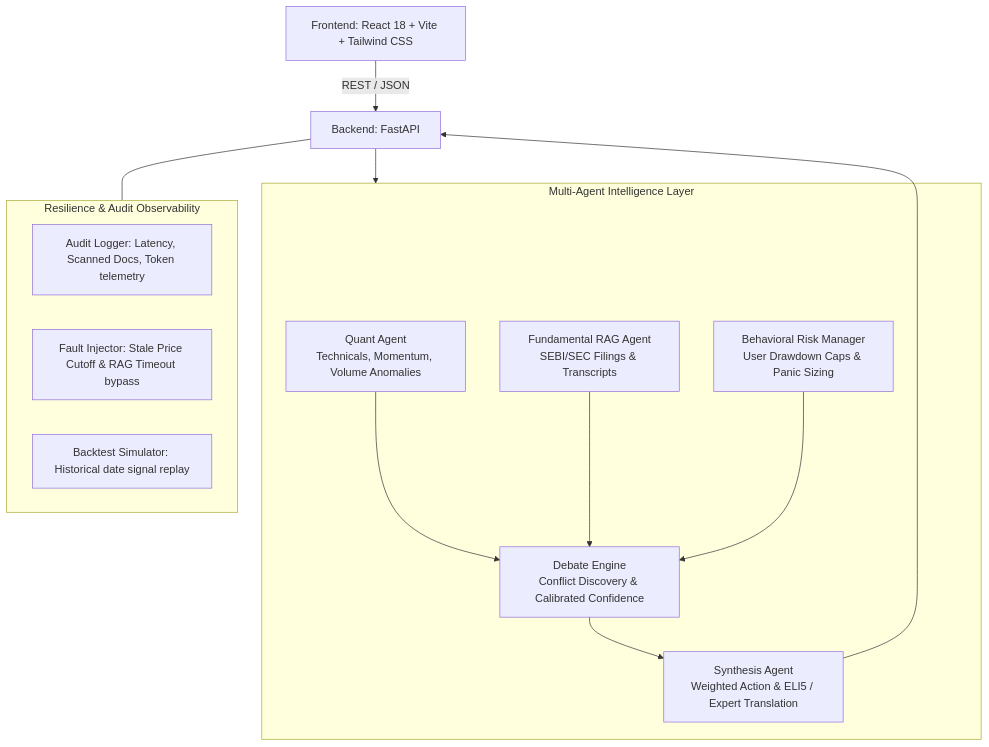
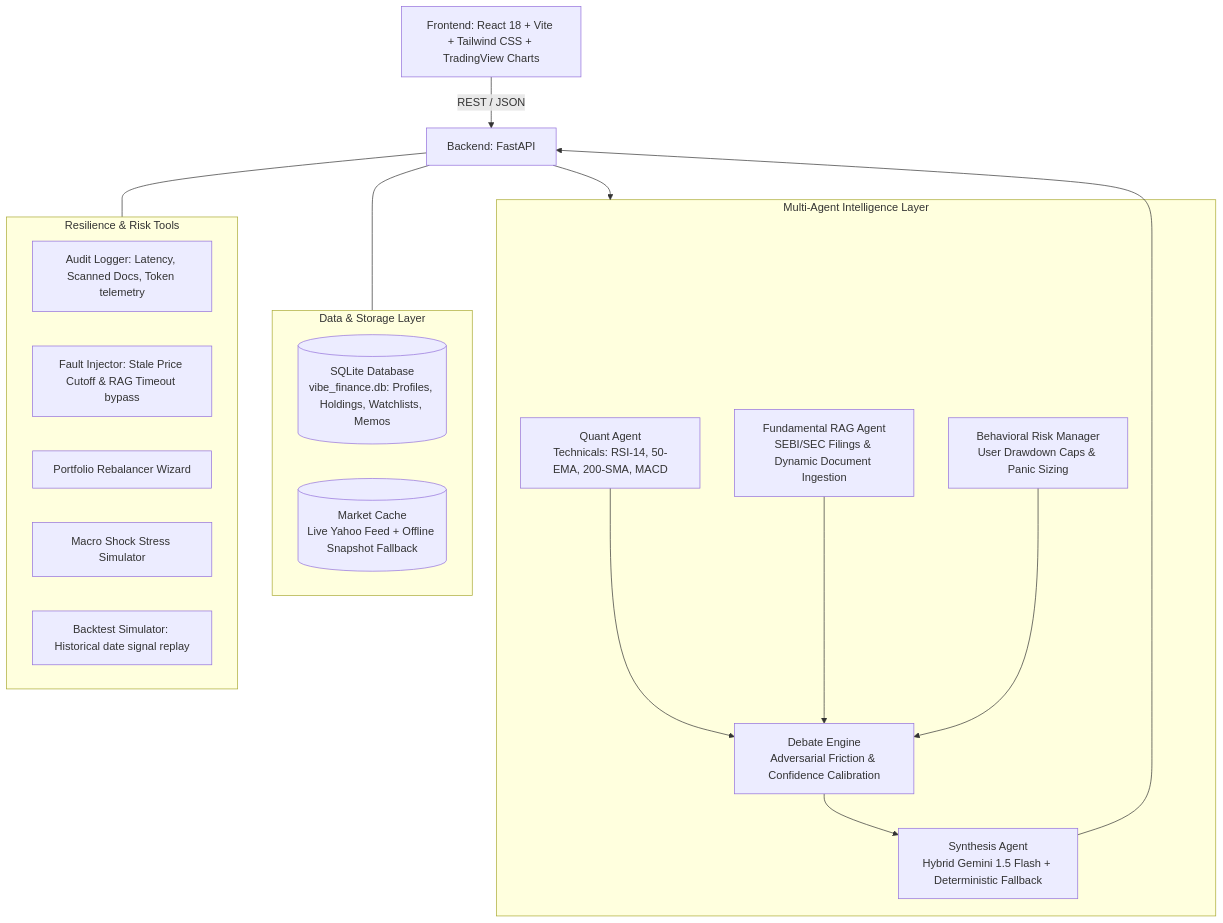
One commit to Khare69/Vibe-Finance changed the diagram in README.md. Above: the diagram before and after it, drawn with Mermaid. The commit also changed other lines of this file and 7 other files, not shown here.

Commit message:
fix: resolve cross-ticker trade pricing bug, wire persistent profile/memo storage, add RAG ingestion UI, and update docs

````diff
--- a/README.md
+++ b/README.md
@@ -9,26 +9,34 @@
 ```mermaid
 flowchart TD
-    UI[Frontend: React 18 + Vite + Tailwind CSS] -->|REST / JSON| API[Backend: FastAPI]
+    UI[Frontend: React 18 + Vite + Tailwind CSS + TradingView Charts] -->|REST / JSON| API[Backend: FastAPI]
     
     subgraph MultiAgentEngine[Multi-Agent Intelligence Layer]
-        QA[Quant Agent\nTechnicals, Momentum, Volume Anomalies]
-        FA[Fundamental RAG Agent\nSEBI/SEC Filings & Transcripts]
+        QA[Quant Agent\nTechnicals: RSI-14, 50-EMA, 200-SMA, MACD]
+        FA[Fundamental RAG Agent\nSEBI/SEC Filings & Dynamic Document Ingestion]
         BM[Behavioral Risk Manager\nUser Drawdown Caps & Panic Sizing]
-        DEB[Debate Engine\nConflict Discovery & Calibrated Confidence]
-        SYN[Synthesis Agent\nWeighted Action & ELI5 / Expert Translation]
+        DEB[Debate Engine\nAdversarial Friction & Confidence Calibration]
+        SYN[Synthesis Agent\nHybrid Gemini 1.5 Flash + Deterministic Fallback]
     end
 
     API --> MultiAgentEngine
     QA --> DEB
     FA --> DEB
     BM --> DEB
     DEB --> SYN
     SYN --> API
 
-    subgraph Observability[Resilience & Audit Observability]
+    subgraph DataPersistence[Data & Storage Layer]
+        SQLITE[(SQLite Database\nvibe_finance.db: Profiles, Holdings, Watchlists, Memos)]
+        CACHE[(Market Cache\nLive Yahoo Feed + Offline Snapshot Fallback)]
+    end
+    API --- DataPersistence
+
+    subgraph Observability[Resilience & Risk Tools]
         TEL[Audit Logger: Latency, Scanned Docs, Token telemetry]
         FLT[Fault Injector: Stale Price Cutoff & RAG Timeout bypass]
+        REB[Portfolio Rebalancer Wizard]
+        STR[Macro Shock Stress Simulator]
         BKT[Backtest Simulator: Historical date signal replay]
     end
     API --- Observability
 ```
````
